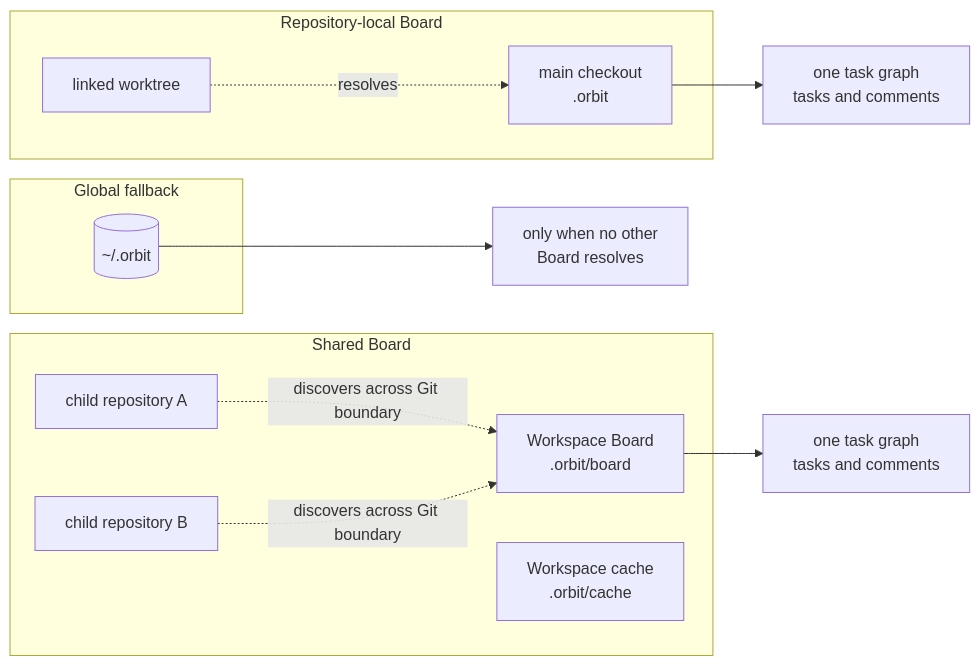
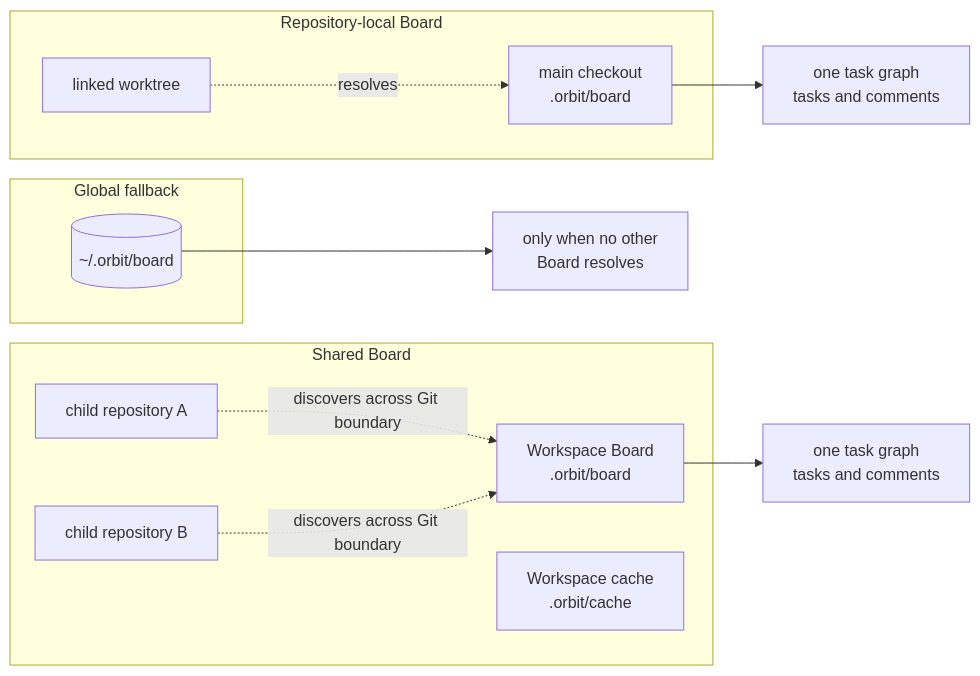
The eighth of 15 diagrams in docs/ARCHITECTURE.md (rcmendes/orbit), drawn with Mermaid before and after one commit. The commit also changed other lines of this file, not shown here.

Commit message:
docs(architecture): redraw board layout, init flow, and legacy migration for ADR-0019

````diff
--- a/docs/ARCHITECTURE.md
+++ b/docs/ARCHITECTURE.md
@@ -568,25 +568,25 @@
 ```mermaid
 flowchart LR
     subgraph Local["Repository-local Board"]
-        MAIN["main checkout<br/>.orbit"]
+        MAIN["main checkout<br/>.orbit/board"]
         WT["linked worktree"]
     end
 
     subgraph Shared["Shared Board"]
         SHARED["Workspace Board<br/>.orbit/board"]
         CACHE["Workspace cache<br/>.orbit/cache"]
         R1["child repository A"]
         R2["child repository B"]
     end
 
     subgraph Global["Global fallback"]
-        GLOBAL[("~/.orbit")]
+        GLOBAL[("~/.orbit/board")]
     end
 
     WT -.->|resolves| MAIN
     R1 -.->|discovers across Git boundary| SHARED
     R2 -.->|discovers across Git boundary| SHARED
     MAIN --> LOCALGRAPH["one task graph<br/>tasks and comments"]
     SHARED --> SHAREDGRAPH["one task graph<br/>tasks and comments"]
     GLOBAL --> GLOBALGRAPH["only when no other<br/>Board resolves"]
 ```
````
